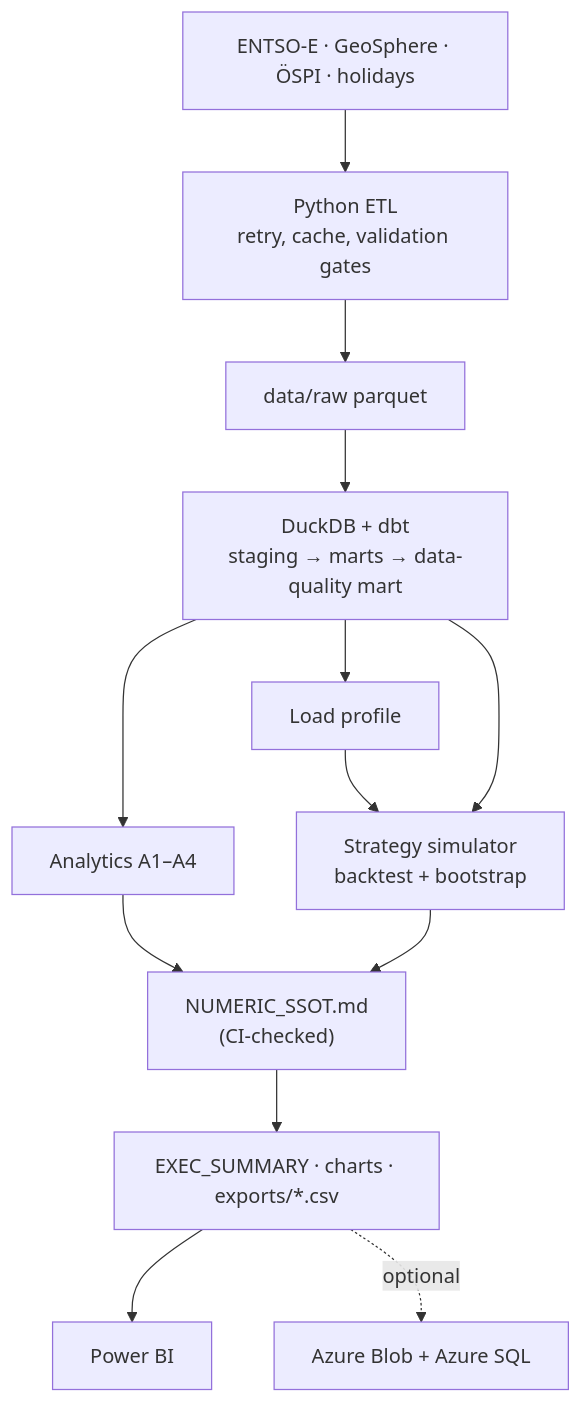
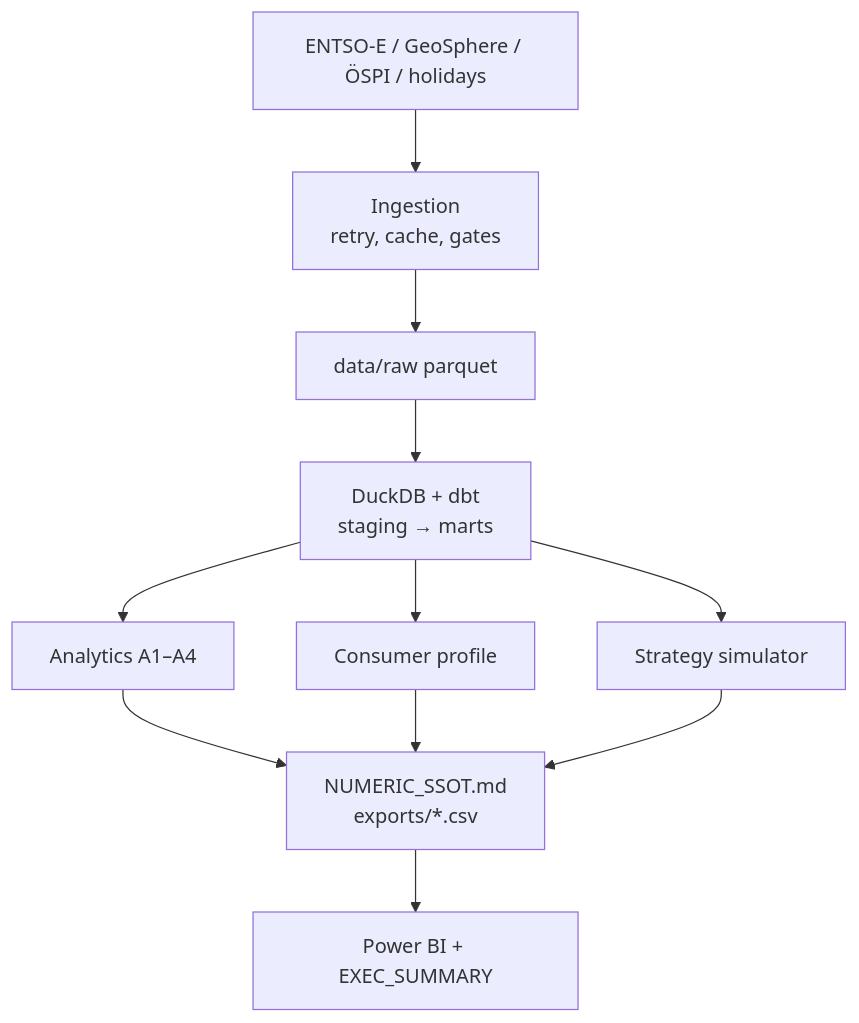
The diagram in README.md (RafaelBraga-Kribitz/energy-procurement-risk-analyzer), drawn with Mermaid before and after one commit. The commit also changed other lines of this file and 7 other files, not shown here.

````diff
--- a/README.md
+++ b/README.md
@@ -163,15 +180,13 @@
 ```mermaid
 flowchart TD
-    SRC["ENTSO-E · GeoSphere · ÖSPI · holidays"] --> ING["Python ETL<br/>retry, cache, validation gates"]
+    SRC["ENTSO-E / GeoSphere / ÖSPI / holidays"] --> ING["Ingestion<br/>retry, cache, gates"]
     ING --> RAW["data/raw parquet"]
-    RAW --> WH["DuckDB + dbt<br/>staging → marts → data-quality mart"]
-    WH --> P["Load profile"]
+    RAW --> WH["DuckDB + dbt<br/>staging → marts"]
     WH --> A["Analytics A1–A4"]
-    P --> S["Strategy simulator<br/>backtest + bootstrap"]
-    WH --> S
-    A --> SSOT["NUMERIC_SSOT.md<br/>(CI-checked)"]
+    WH --> P["Consumer profile"]
+    WH --> S["Strategy simulator"]
+    A --> SSOT["NUMERIC_SSOT.md<br/>exports/*.csv"]
+    P --> SSOT
     S --> SSOT
-    SSOT --> OUT["EXEC_SUMMARY · charts · exports/*.csv"]
-    OUT --> BI["Power BI"]
-    OUT -.optional.-> AZ["Azure Blob + Azure SQL"]
+    SSOT --> RPT["Power BI + EXEC_SUMMARY"]
 ```
````
